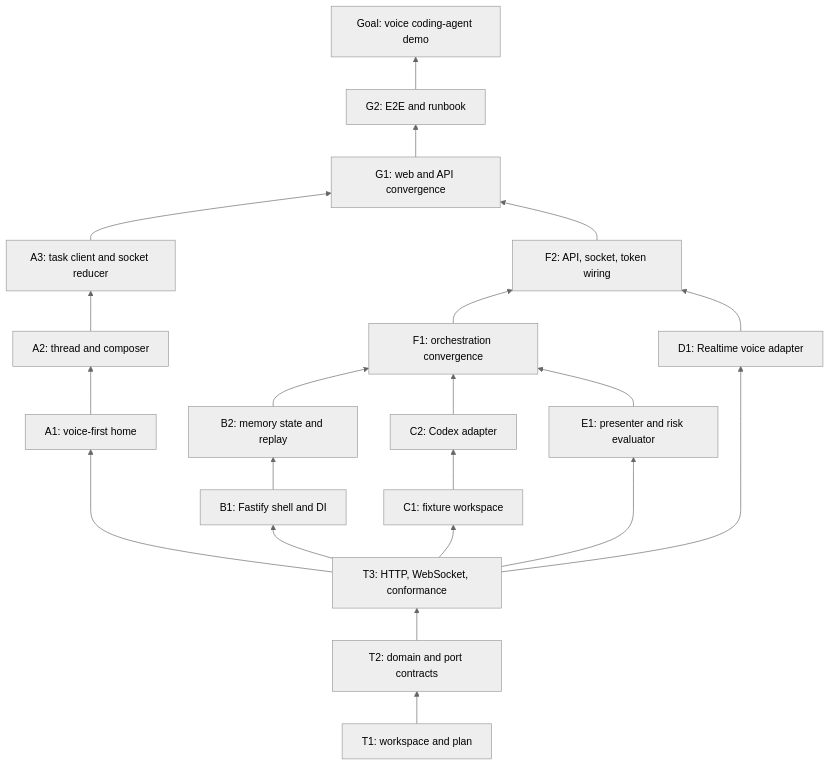
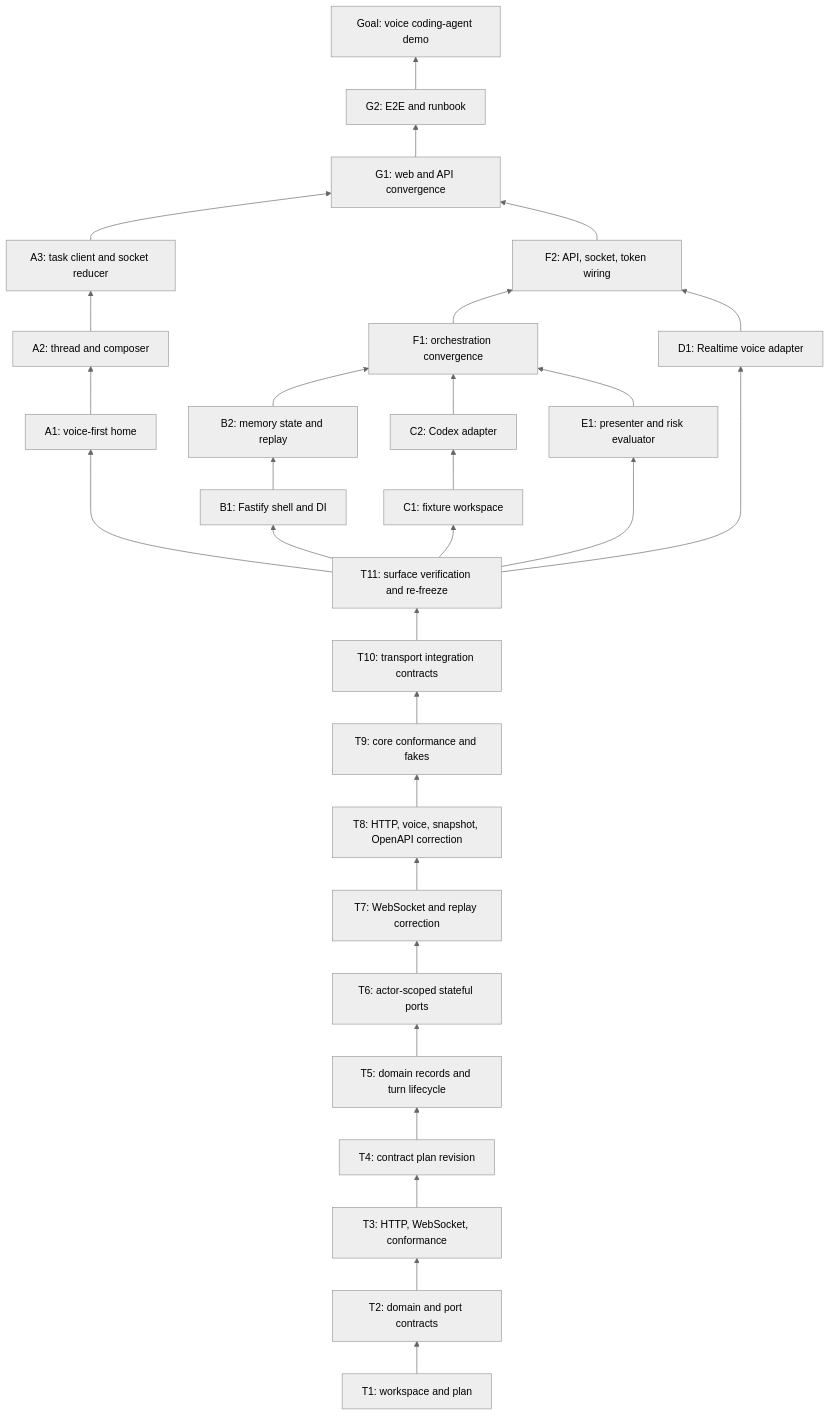
The sixth of 6 diagrams in MIKADO.md (jv8-alt/voice-agent), drawn with Mermaid (neutral theme) before and after one commit. The commit also changed other lines of this file, not shown here.

First line of the commit message:
T4: revise the frozen contracts plan.

````diff
--- a/MIKADO.md
+++ b/MIKADO.md
@@ -190,23 +270,31 @@
 ```mermaid
 flowchart BT
   T1["T1: workspace and plan"] --> T2["T2: domain and port contracts"]
   T2 --> T3["T3: HTTP, WebSocket, conformance"]
-  T3 --> A1["A1: voice-first home"]
+  T3 --> T4["T4: contract plan revision"]
+  T4 --> T5["T5: domain records and turn lifecycle"]
+  T5 --> T6["T6: actor-scoped stateful ports"]
+  T6 --> T7["T7: WebSocket and replay correction"]
+  T7 --> T8["T8: HTTP, voice, snapshot, OpenAPI correction"]
+  T8 --> T9["T9: core conformance and fakes"]
+  T9 --> T10["T10: transport integration contracts"]
+  T10 --> T11["T11: surface verification and re-freeze"]
+  T11 --> A1["A1: voice-first home"]
   A1 --> A2["A2: thread and composer"]
   A2 --> A3["A3: task client and socket reducer"]
-  T3 --> B1["B1: Fastify shell and DI"]
+  T11 --> B1["B1: Fastify shell and DI"]
   B1 --> B2["B2: memory state and replay"]
-  T3 --> C1["C1: fixture workspace"]
+  T11 --> C1["C1: fixture workspace"]
   C1 --> C2["C2: Codex adapter"]
-  T3 --> D1["D1: Realtime voice adapter"]
-  T3 --> E1["E1: presenter and risk evaluator"]
+  T11 --> D1["D1: Realtime voice adapter"]
+  T11 --> E1["E1: presenter and risk evaluator"]
   B2 --> F1["F1: orchestration convergence"]
   C2 --> F1
   E1 --> F1
   F1 --> F2["F2: API, socket, token wiring"]
   D1 --> F2
   A3 --> G1["G1: web and API convergence"]
   F2 --> G1
   G1 --> G2["G2: E2E and runbook"]
   G2 --> G["Goal: voice coding-agent demo"]
 ```
````
